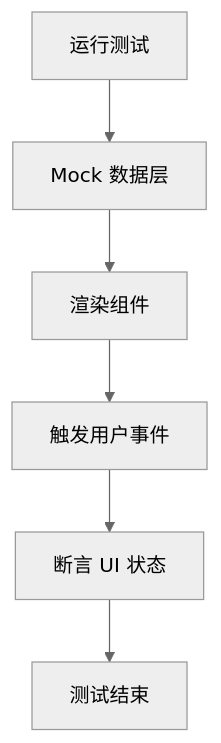
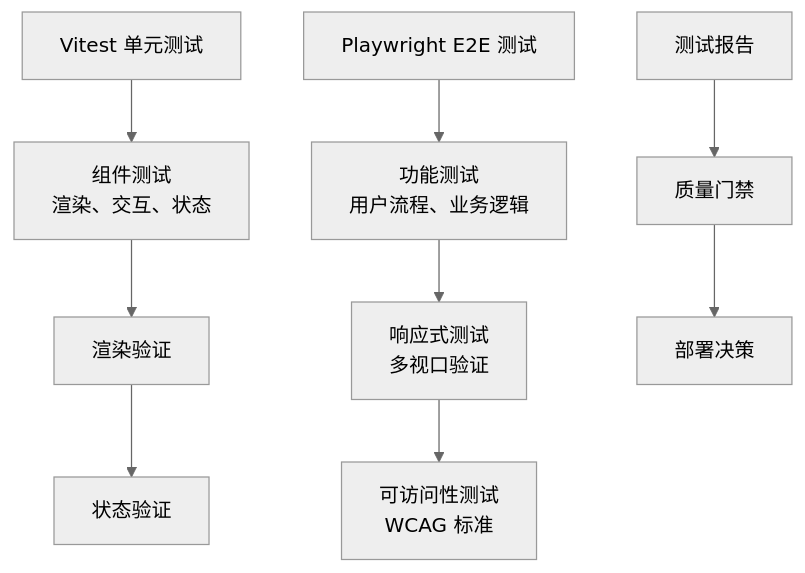
Diagram 12 of 12 in .qoder/repowiki/zh/content/前端开发/前端开发.md (luyitiger6/my-first-project), drawn with Mermaid (neutral theme) before and after one commit. The commit also changed other lines of this file and 33 other files, not shown here.

````diff
--- a/.qoder/repowiki/zh/content/前端开发/前端开发.md
+++ b/.qoder/repowiki/zh/content/前端开发/前端开发.md
@@ -519,8 +588,11 @@
 ```mermaid
 flowchart TD
-TestStart["运行测试"] --> MockData["Mock 数据层"]
-MockData --> RenderComponent["渲染组件"]
-RenderComponent --> Interact["触发用户事件"]
-Interact --> AssertUI["断言 UI 状态"]
-AssertUI --> End["测试结束"]
+UnitTest["Vitest 单元测试"] --> ComponentTests["组件测试<br/>渲染、交互、状态"]
+ComponentTests --> RenderValidation["渲染验证"]
+RenderValidation --> StateValidation["状态验证"]
+E2ETest["Playwright E2E 测试"] --> FunctionalTests["功能测试<br/>用户流程、业务逻辑"]
+FunctionalTests --> ResponsiveTests["响应式测试<br/>多视口验证"]
+ResponsiveTests --> AccessibilityTests["可访问性测试<br/>WCAG 标准"]
+AllTests["测试报告"] --> QualityGate["质量门禁"]
+QualityGate --> Deployment["部署决策"]
 ```
````
